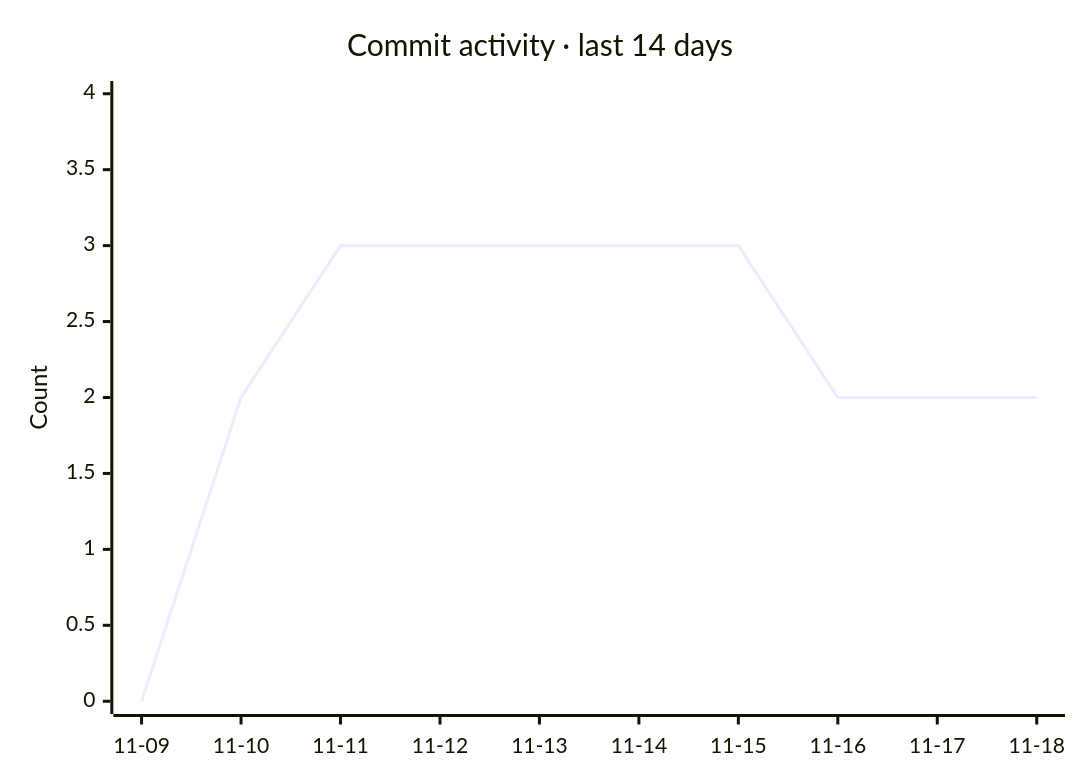
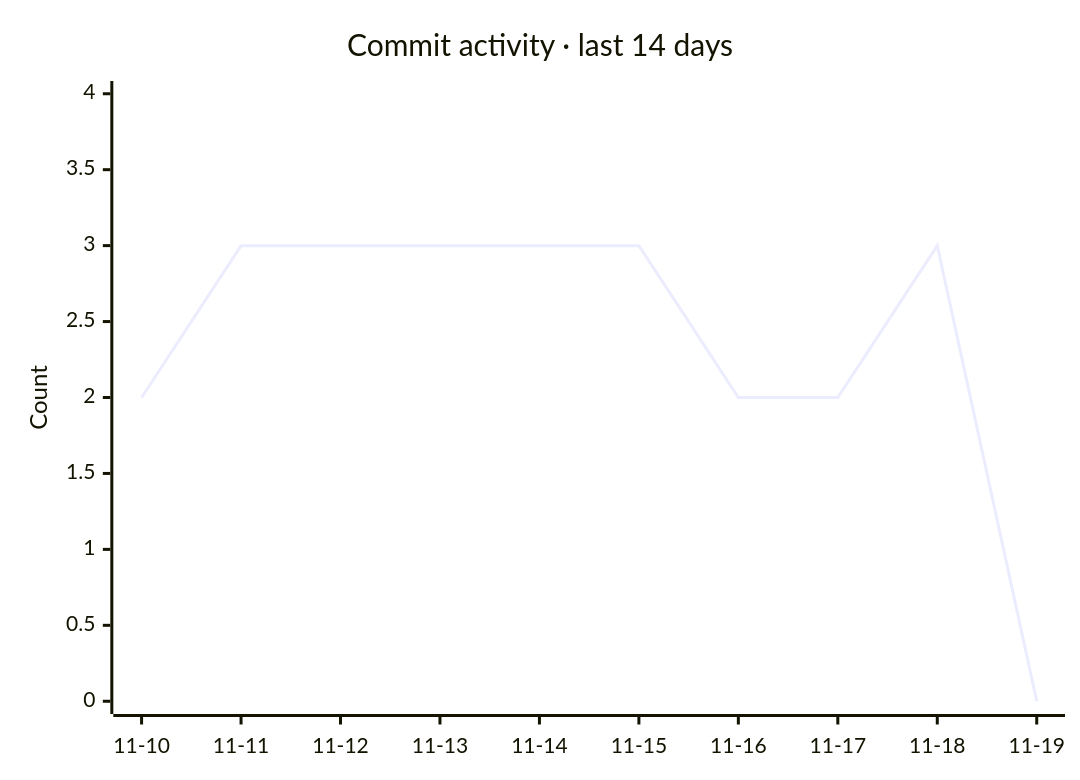
The second of 2 diagrams in README.md (razzaqinspires/whiskay-bot), drawn with Mermaid before and after one commit. The commit also changed other lines of this file and 2 other files, not shown here.

Commit message:
chore(metrics): refresh GitHub traffic and update timestamp [skip ci]

````diff
--- a/README.md
+++ b/README.md
@@ -329,7 +329,7 @@
 ```mermaid
 xychart-beta
     title "Commit activity · last 14 days"
-    x-axis ["11-09", "11-10", "11-11", "11-12", "11-13", "11-14", "11-15", "11-16", "11-17", "11-18"]
+    x-axis ["11-10", "11-11", "11-12", "11-13", "11-14", "11-15", "11-16", "11-17", "11-18", "11-19"]
     y-axis "Count" 0 --> 4
-    line [0, 2, 3, 3, 3, 3, 3, 2, 2, 2]
+    line [2, 3, 3, 3, 3, 3, 2, 2, 3, 0]
 ```
````
